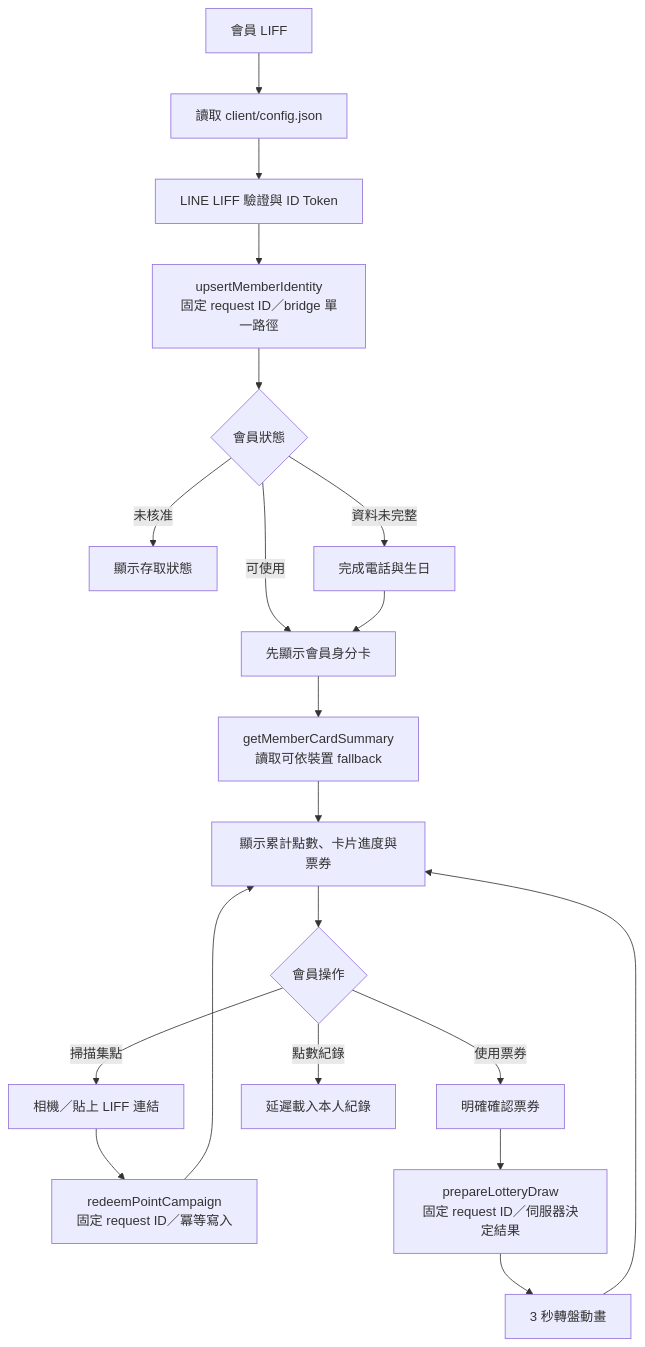
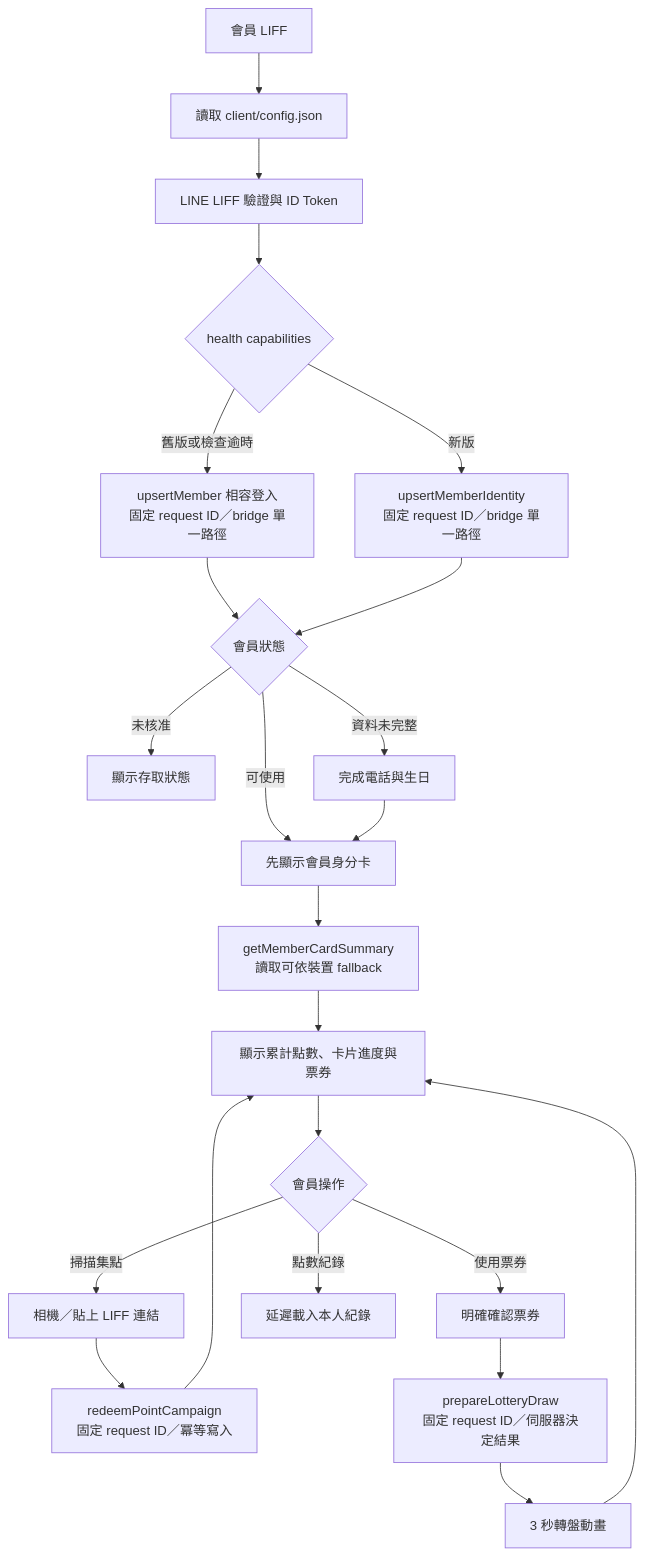
The first of 2 diagrams in PersonalBrandTestingEnvironment/ARCHITECTURE.md (yongshengchen0615/yongshengchen0615.github.io), drawn with Mermaid before and after one commit. The commit also changed other lines of this file and 8 other files, not shown here.

````diff
--- a/PersonalBrandTestingEnvironment/ARCHITECTURE.md
+++ b/PersonalBrandTestingEnvironment/ARCHITECTURE.md
@@ -28,22 +28,25 @@
 ```mermaid
 flowchart TD
   A[會員 LIFF] --> B[讀取 client/config.json]
   B --> C[LINE LIFF 驗證與 ID Token]
-  C --> D[upsertMemberIdentity<br/>固定 request ID／bridge 單一路徑]
+  C --> C1{health capabilities}
+  C1 -->|新版| D[upsertMemberIdentity<br/>固定 request ID／bridge 單一路徑]
+  C1 -->|舊版或檢查逾時| D1[upsertMember 相容登入<br/>固定 request ID／bridge 單一路徑]
+  D1 --> E
   D --> E{會員狀態}
   E -->|未核准| F[顯示存取狀態]
   E -->|資料未完整| G[完成電話與生日]
   E -->|可使用| H[先顯示會員身分卡]
   G --> H
   H --> I[getMemberCardSummary<br/>讀取可依裝置 fallback]
   I --> J[顯示累計點數、卡片進度與票券]
   J --> K{會員操作}
   K -->|掃描集點| L[相機／貼上 LIFF 連結]
   K -->|使用票券| M[明確確認票券]
   K -->|點數紀錄| N[延遲載入本人紀錄]
   L --> O[redeemPointCampaign<br/>固定 request ID／冪等寫入]
   M --> P[prepareLotteryDraw<br/>固定 request ID／伺服器決定結果]
   O --> J
   P --> Q[3 秒轉盤動畫]
   Q --> J
 ```
````
